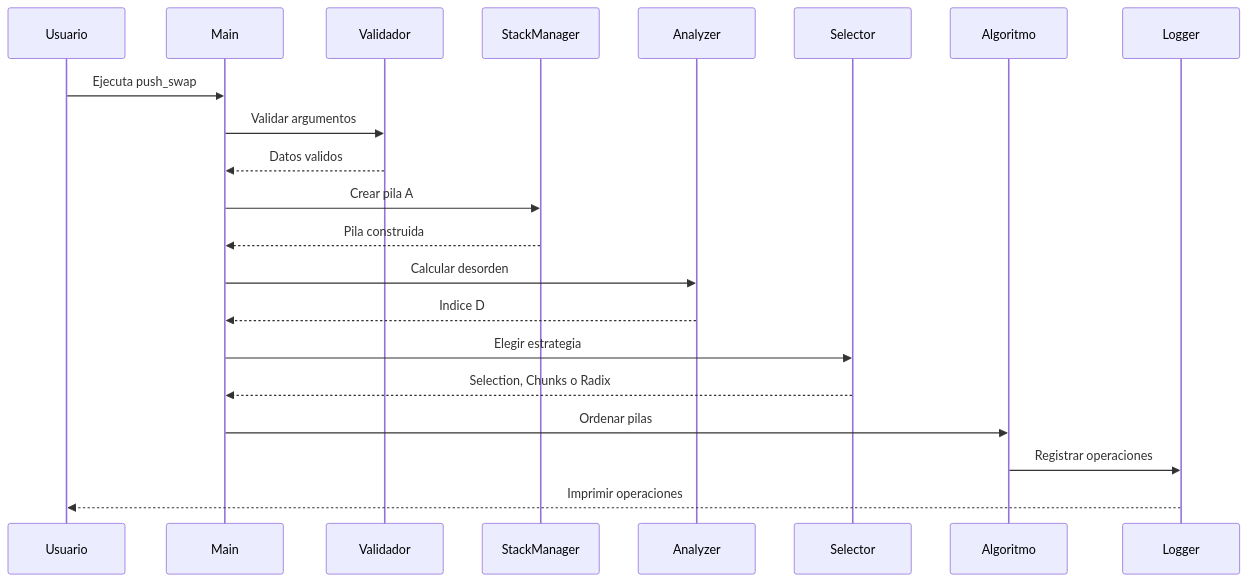
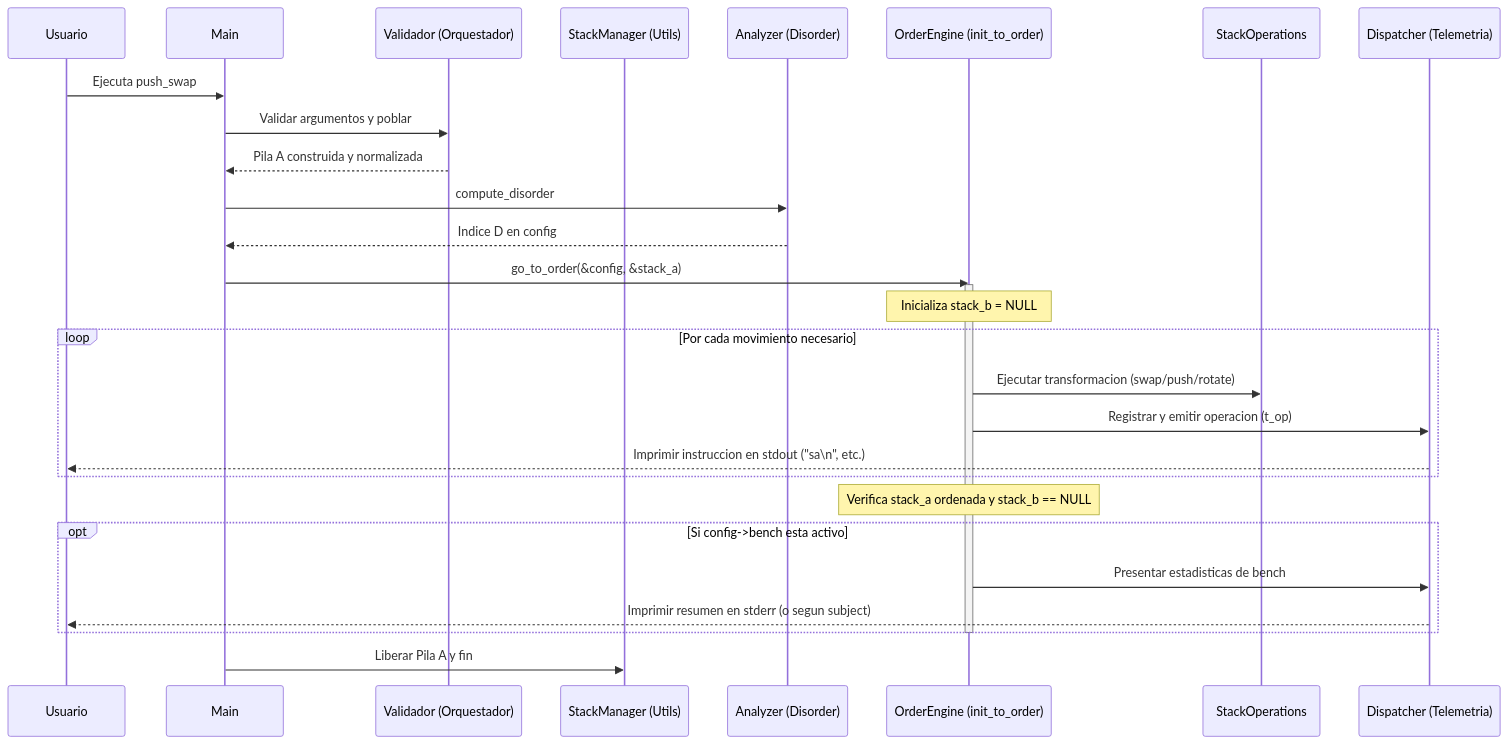
The fourth of 5 diagrams in push_swap/diagramacion.md (guizafj/Inicio_logico_C), drawn with Mermaid before and after one commit. The commit also changed other lines of this file and 8 other files, not shown here.

Commit message:
Config init go to order

````diff
--- a/push_swap/diagramacion.md
+++ b/push_swap/diagramacion.md
@@ -277,24 +303,32 @@
 ```mermaid
 sequenceDiagram
     participant U as Usuario
     participant M as Main
-    participant V as Validador
-    participant S as StackManager
-    participant A as Analyzer
-    participant D as Selector
-    participant Alg as Algoritmo
-    participant L as Logger
+    participant V as Validador (Orquestador)
+    participant S as StackManager (Utils)
+    participant A as Analyzer (Disorder)
+    participant OE as OrderEngine (init_to_order)
+    participant SO as StackOperations
+    participant D as Dispatcher (Telemetria)
 
     U->>M: Ejecuta push_swap
-    M->>V: Validar argumentos
-    V-->>M: Datos validos
-    M->>S: Crear pila A
-    S-->>M: Pila construida
-    M->>A: Calcular desorden
-    A-->>M: Indice D
-    M->>D: Elegir estrategia
-    D-->>M: Selection, Chunks o Radix
-        M->>Alg: Ordenar pilas
-        Alg->>L: Registrar operaciones
-        L-->>U: Imprimir operaciones
+    M->>V: Validar argumentos y poblar
+    V-->>M: Pila A construida y normalizada
+    M->>A: compute_disorder
+    A-->>M: Indice D en config
+    M->>OE: go_to_order(&config, &stack_a)
+    activate OE
+    Note over OE: Inicializa stack_b = NULL
+    loop Por cada movimiento necesario
+        OE->>SO: Ejecutar transformacion (swap/push/rotate)
+        OE->>D: Registrar y emitir operacion (t_op)
+        D-->>U: Imprimir instruccion en stdout ("sa\n", etc.)
+    end
+    Note over OE: Verifica stack_a ordenada y stack_b == NULL
+    opt Si config->bench esta activo
+        OE->>D: Presentar estadisticas de bench
+        D-->>U: Imprimir resumen en stderr (o segun subject)
+    end
+    deactivate OE
+    M->>S: Liberar Pila A y fin
 ```
````
